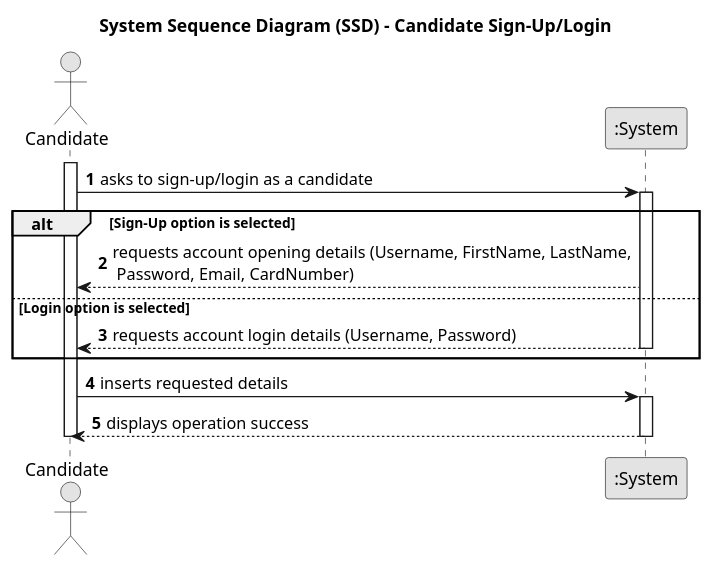
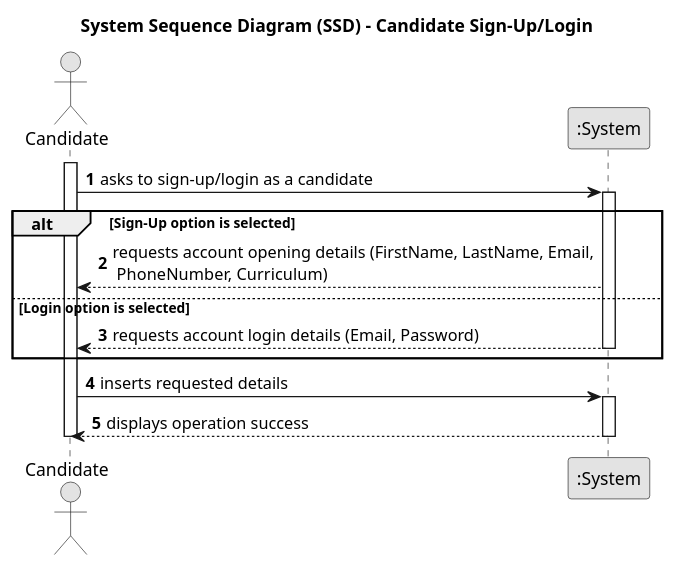
One commit to MiguelCardoso77/LAPR4 changed the diagram in docs/SprintB/G007/G007-system-sequence-diagram-candidateApp.puml. Above: the diagram before and after it, drawn with PlantUML. The commit also changed 8 other files, not shown here.

```diff
--- a/docs/SprintB/G007/G007-system-sequence-diagram-candidateApp.puml
+++ b/docs/SprintB/G007/G007-system-sequence-diagram-candidateApp.puml
@@ -1,35 +1,35 @@
 @startuml
 skinparam monochrome true
 skinparam packageStyle rectangle
 skinparam shadowing false
 
 title System Sequence Diagram (SSD) - Candidate Sign-Up/Login
 
 autonumber
 
 actor "Candidate" as CANDIDATE
 participant ":System" as System
 
 activate CANDIDATE
 
     CANDIDATE -> System : asks to sign-up/login as a candidate
     activate System
 
     alt Sign-Up option is selected
-       System --> CANDIDATE : requests account opening details (Username, FirstName, LastName,\n Password, Email, CardNumber)
+       System --> CANDIDATE : requests account opening details (FirstName, LastName, Email,\n PhoneNumber, Curriculum)
 
     else Login option is selected
-        System --> CANDIDATE : requests account login details (Username, Password)
+        System --> CANDIDATE : requests account login details (Email, Password)
 
     deactivate System
     end
 
     CANDIDATE -> System : inserts requested details
     activate System
 
         System --> CANDIDATE : displays operation success
     deactivate System
 
 deactivate CANDIDATE
 
 @enduml
```
